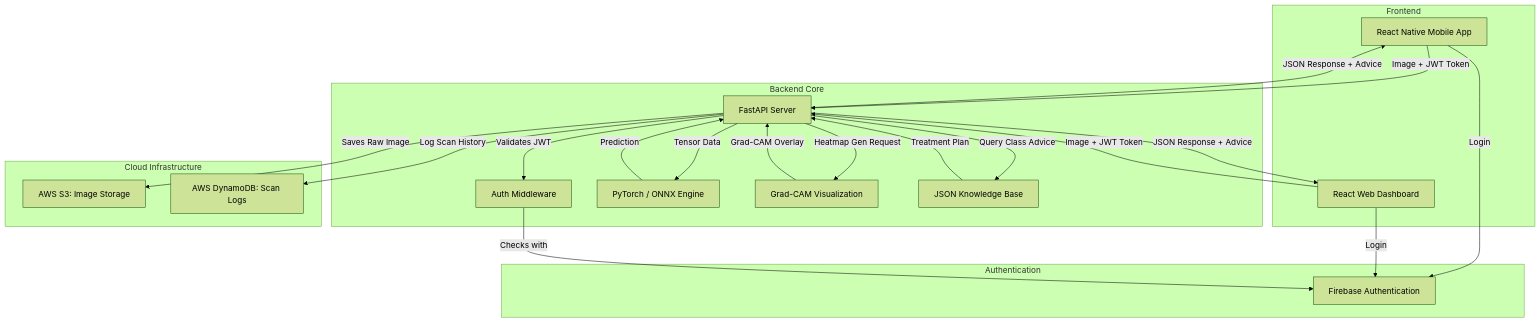
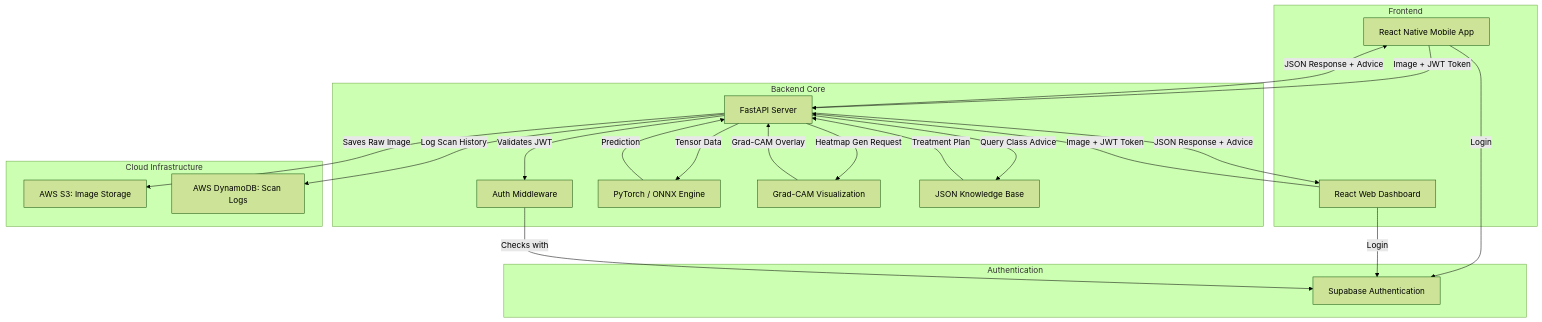
The first of 2 diagrams in README.md (vansh2966/Plantpulse), drawn with Mermaid (forest theme) before and after one commit. The commit also changed other lines of this file and 2 other files, not shown here.

Commit message:
Update docs to mention Supabase and ignore release files

````diff
--- a/README.md
+++ b/README.md
@@ -33,48 +33,48 @@
 ```mermaid
 graph TD
     subgraph Frontend
         M[React Native Mobile App]
         W[React Web Dashboard]
     end
 
     subgraph Authentication
-        FA[Firebase Authentication]
+        FA[Supabase Authentication]
     end
 
     subgraph Backend Core
         API[FastAPI Server]
         AuthMiddleware[Auth Middleware]
         OR[PyTorch / ONNX Engine]
         PT[Grad-CAM Visualization]
         KB[JSON Knowledge Base]
     end
 
     subgraph Cloud Infrastructure
         S3[AWS S3: Image Storage]
         DB[AWS DynamoDB: Scan Logs]
     end
 
     M -- Login --> FA
     W -- Login --> FA
     M -- Image + JWT Token --> API
     W -- Image + JWT Token --> API
     
     API -- Validates JWT --> AuthMiddleware
     AuthMiddleware -- Checks with --> FA
     
     API -- Saves Raw Image --> S3
     
     API -- Tensor Data --> OR
     OR -- Prediction --> API
     
     API -- Heatmap Gen Request --> PT
     PT -- Grad-CAM Overlay --> API
     
     API -- Query Class Advice --> KB
     KB -- Treatment Plan --> API
     
     API -- Log Scan History --> DB
     
     API -- JSON Response + Advice --> M
     API -- JSON Response + Advice --> W
 ```
````
